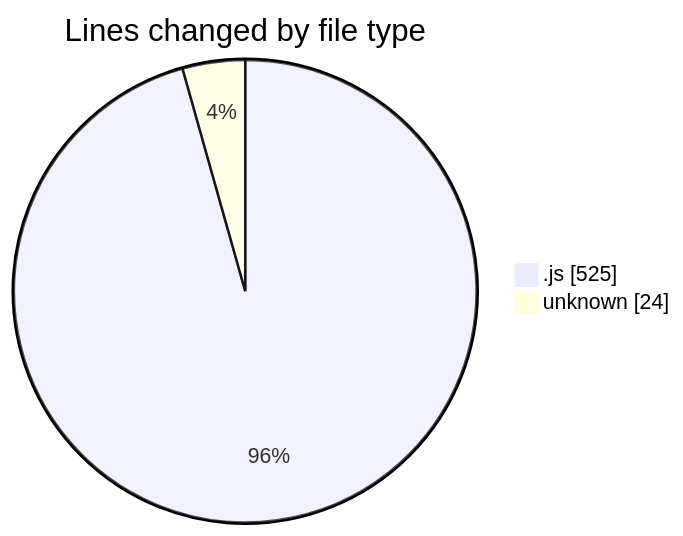
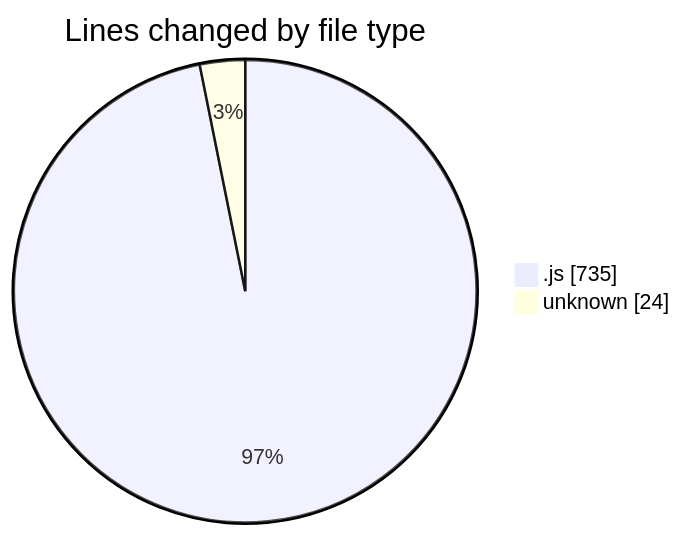
One commit to momahboobian/code-tracking changed the first of 2 diagrams in 2025-02-03/cda/README.md. Above: the diagram before and after it, drawn with Mermaid. The commit also changed other lines of this file and 1 other file, not shown here.

````diff
--- a/2025-02-03/cda/README.md
+++ b/2025-02-03/cda/README.md
@@ -24,6 +24,6 @@
 ```mermaid
 pie showData
 title Lines changed by file type
-".js" : 525
+".js" : 735
 "unknown" : 24
 ```
````
